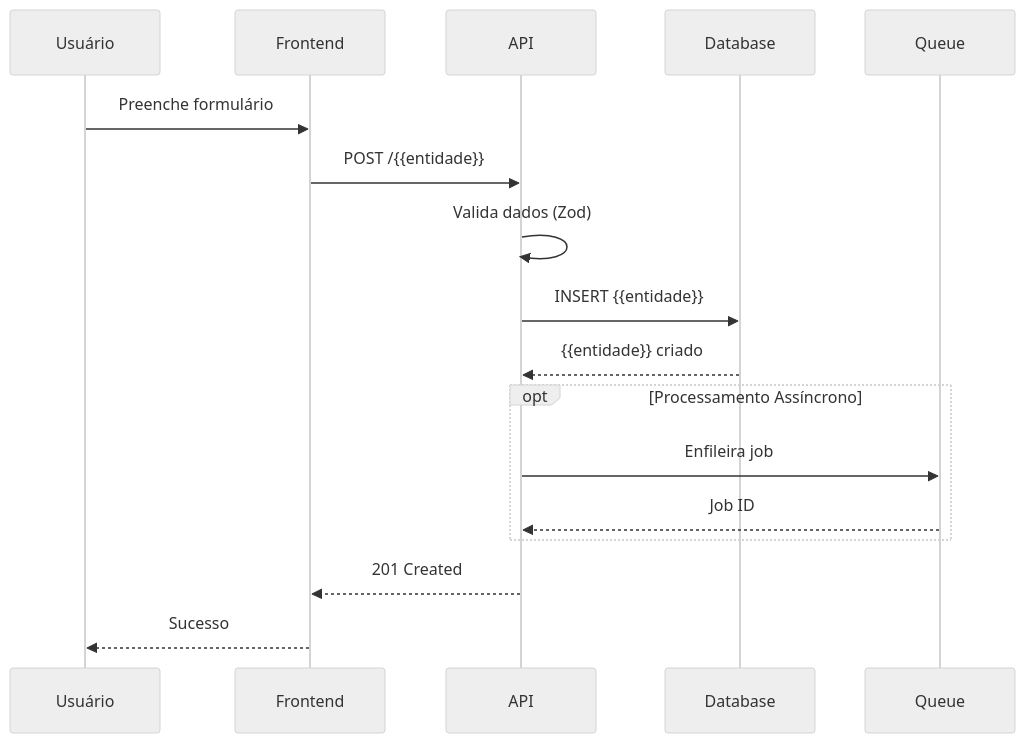
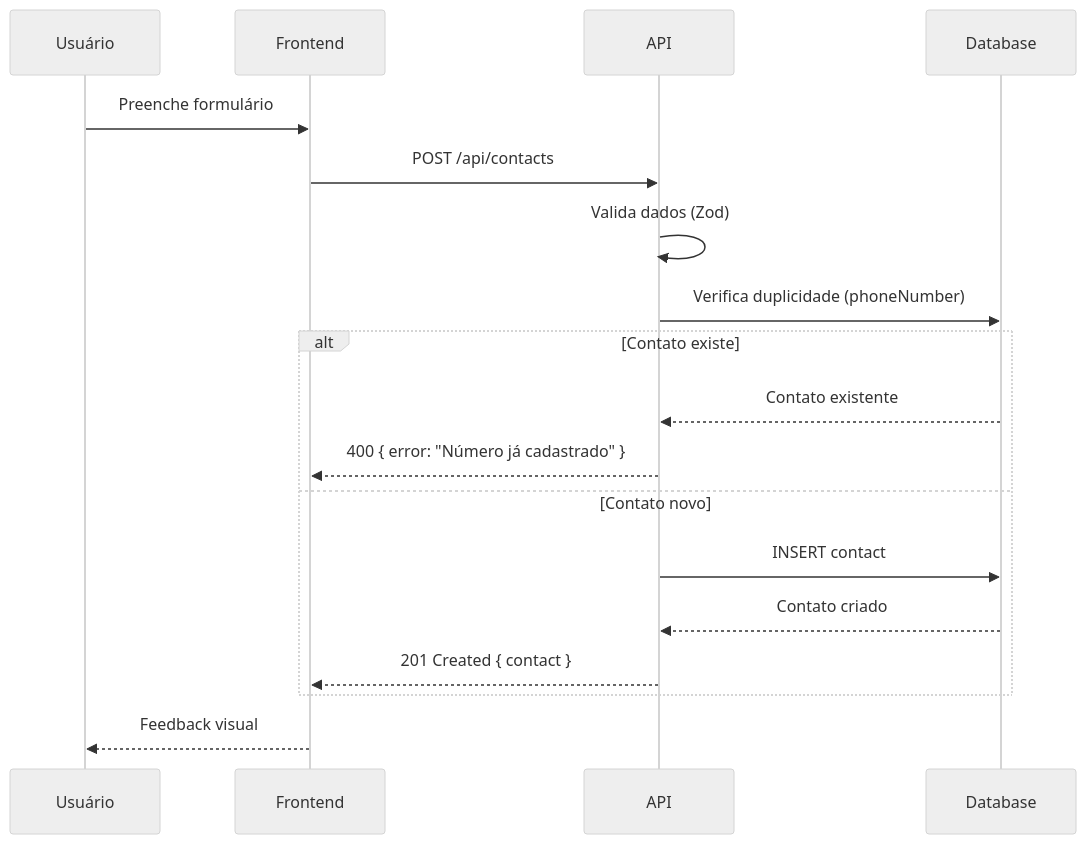
Before and after one commit to sebavieira/template-cli-seba: the fourth of 10 diagrams in docs/spec/05-diagramas-sequencia.md, drawn with Mermaid (neutral theme). The commit also changed other lines of this file and 75 other files, not shown here.

````diff
--- a/docs/spec/05-diagramas-sequencia.md
+++ b/docs/spec/05-diagramas-sequencia.md
@@ -34,22 +94,23 @@
 ```mermaid
 sequenceDiagram
     participant U as Usuário
     participant F as Frontend
     participant A as API
     participant D as Database
-    participant Q as Queue
 
     U->>F: Preenche formulário
-    F->>A: POST /{{entidade}}
+    F->>A: POST /api/contacts
     A->>A: Valida dados (Zod)
-    A->>D: INSERT {{entidade}}
-    D-->>A: {{entidade}} criado
+    A->>D: Verifica duplicidade (phoneNumber)
 
-    opt Processamento Assíncrono
-        A->>Q: Enfileira job
-        Q-->>A: Job ID
+    alt Contato existe
+        D-->>A: Contato existente
+        A-->>F: 400 { error: "Número já cadastrado" }
+    else Contato novo
+        A->>D: INSERT contact
+        D-->>A: Contato criado
+        A-->>F: 201 Created { contact }
     end
 
-    A-->>F: 201 Created
-    F-->>U: Sucesso
+    F-->>U: Feedback visual
 ```
````
